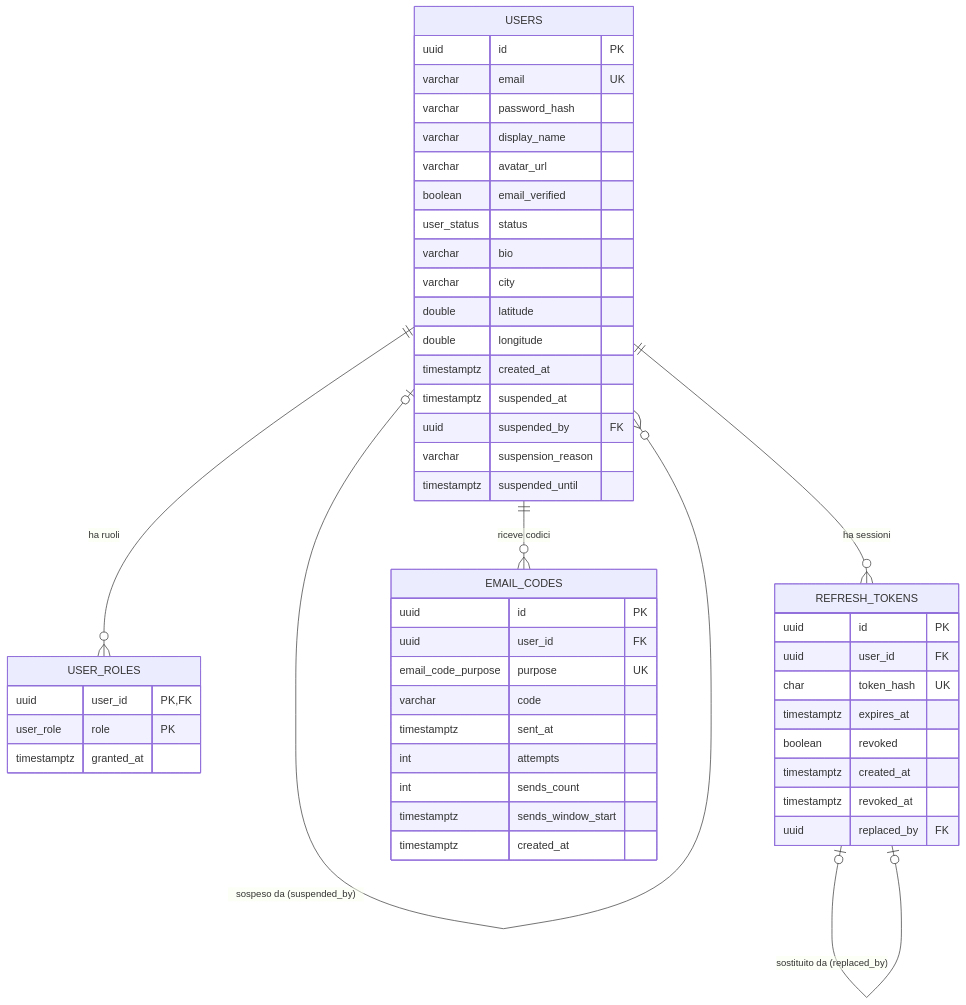
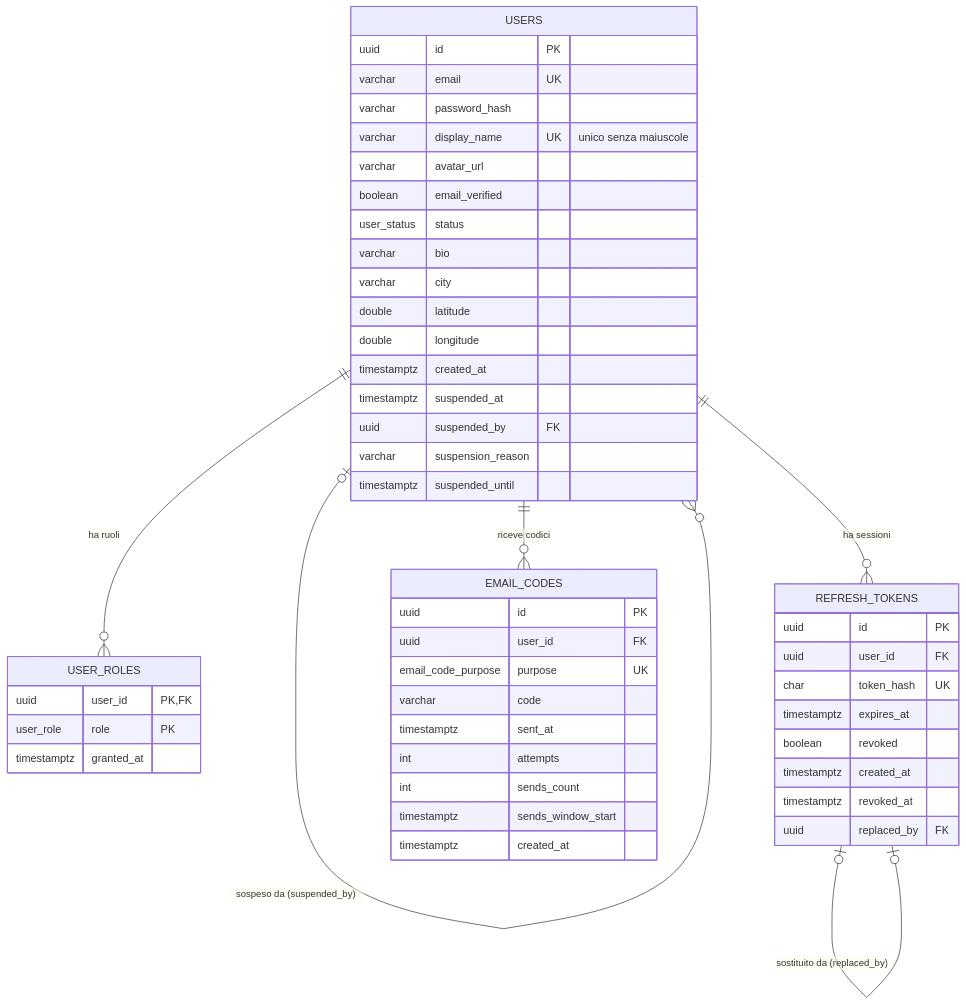
Before and after one commit to AlbertoRazzolini/Resonance_app: the second of 6 diagrams in docs/schema-db.md, drawn with Mermaid. The commit also changed other lines of this file and 48 other files, not shown here.

````diff
--- a/docs/schema-db.md
+++ b/docs/schema-db.md
@@ -409,56 +416,56 @@
 ```mermaid
 erDiagram
     USERS ||--o{ USER_ROLES : "ha ruoli"
     USERS |o--o{ USERS : "sospeso da (suspended_by)"
     USERS ||--o{ REFRESH_TOKENS : "ha sessioni"
     REFRESH_TOKENS |o--o| REFRESH_TOKENS : "sostituito da (replaced_by)"
     USERS ||--o{ EMAIL_CODES : "riceve codici"
 
     USERS {
         uuid id PK
         varchar email UK
         varchar password_hash
-        varchar display_name
+        varchar display_name UK "unico senza maiuscole"
         varchar avatar_url
         boolean email_verified
         user_status status
         varchar bio
         varchar city
         double latitude
         double longitude
         timestamptz created_at
         timestamptz suspended_at
         uuid suspended_by FK
         varchar suspension_reason
         timestamptz suspended_until
     }
 
     USER_ROLES {
         uuid user_id PK, FK
         user_role role PK
         timestamptz granted_at
     }
 
     REFRESH_TOKENS {
         uuid id PK
         uuid user_id FK
         char token_hash UK
         timestamptz expires_at
         boolean revoked
         timestamptz created_at
         timestamptz revoked_at
         uuid replaced_by FK
     }
 
     EMAIL_CODES {
         uuid id PK
         uuid user_id FK
         email_code_purpose purpose UK
         varchar code
         timestamptz sent_at
         int attempts
         int sends_count
         timestamptz sends_window_start
         timestamptz created_at
     }
 ```
````
